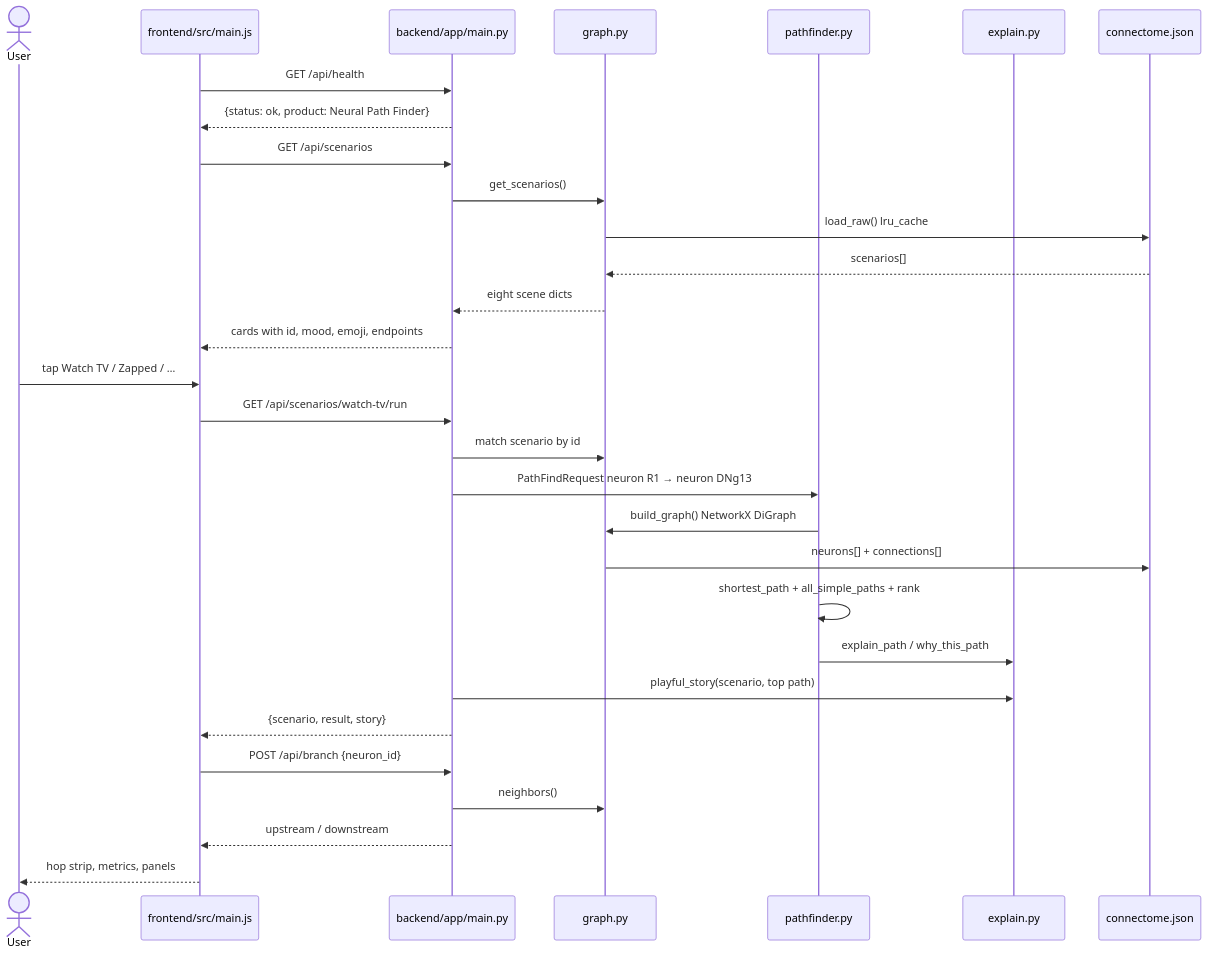
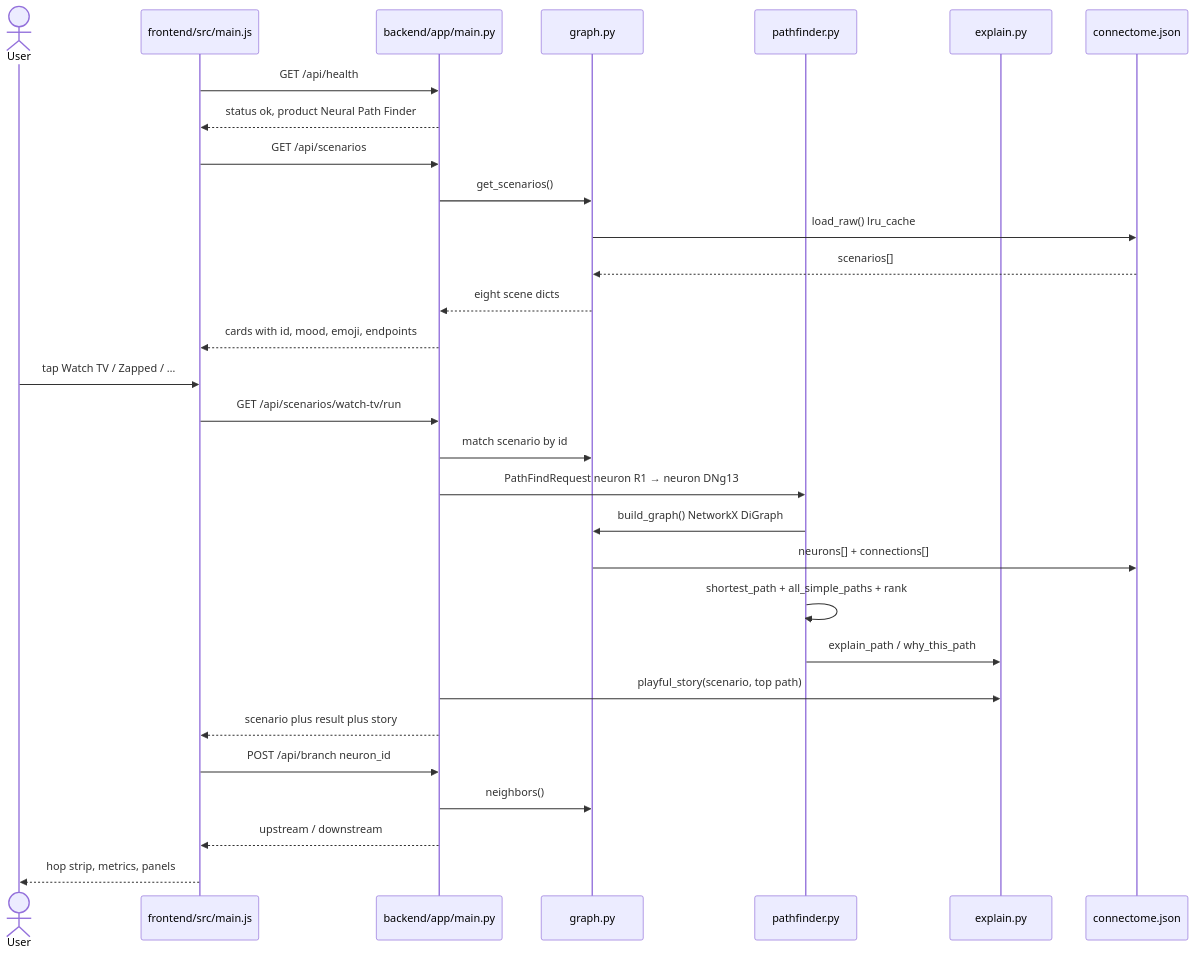
Before and after one commit to kalyandhar84/When-LLM-Play-with-fruit-fly-s-Brain: the second of 9 diagrams in docs/ARCHITECTURE.md, drawn with Mermaid. The commit also changed other lines of this file and 9 other files, not shown here.

````diff
--- a/docs/ARCHITECTURE.md
+++ b/docs/ARCHITECTURE.md
@@ -509,35 +509,35 @@
 ```mermaid
 sequenceDiagram
   actor User
   participant SPA as frontend/src/main.js
   participant API as backend/app/main.py
   participant G as graph.py
   participant PF as pathfinder.py
   participant EX as explain.py
   participant JSON as connectome.json
 
   SPA->>API: GET /api/health
-  API-->>SPA: {status: ok, product: Neural Path Finder}
+  API-->>SPA: status ok, product Neural Path Finder
 
   SPA->>API: GET /api/scenarios
   API->>G: get_scenarios()
   G->>JSON: load_raw() lru_cache
   JSON-->>G: scenarios[]
   G-->>API: eight scene dicts
   API-->>SPA: cards with id, mood, emoji, endpoints
 
   User->>SPA: tap Watch TV / Zapped / …
   SPA->>API: GET /api/scenarios/watch-tv/run
   API->>G: match scenario by id
   API->>PF: PathFindRequest neuron R1 → neuron DNg13
   PF->>G: build_graph() NetworkX DiGraph
   G->>JSON: neurons[] + connections[]
   PF->>PF: shortest_path + all_simple_paths + rank
   PF->>EX: explain_path / why_this_path
   API->>EX: playful_story(scenario, top path)
-  API-->>SPA: {scenario, result, story}
-  SPA->>API: POST /api/branch {neuron_id}
+  API-->>SPA: scenario plus result plus story
+  SPA->>API: POST /api/branch neuron_id
   API->>G: neighbors()
   API-->>SPA: upstream / downstream
   SPA-->>User: hop strip, metrics, panels
 ```
````
